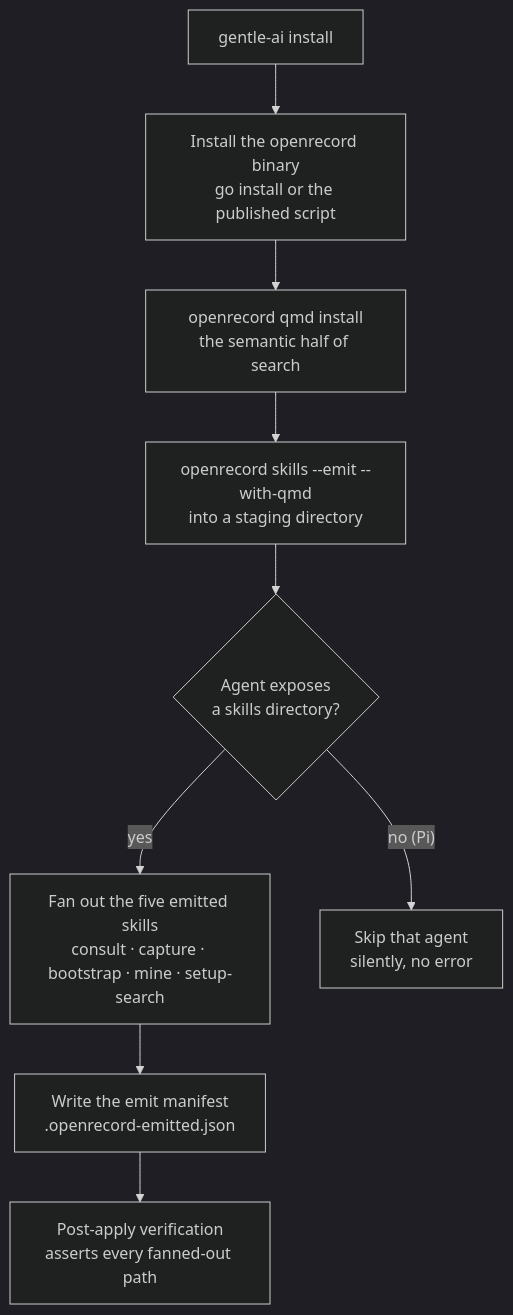
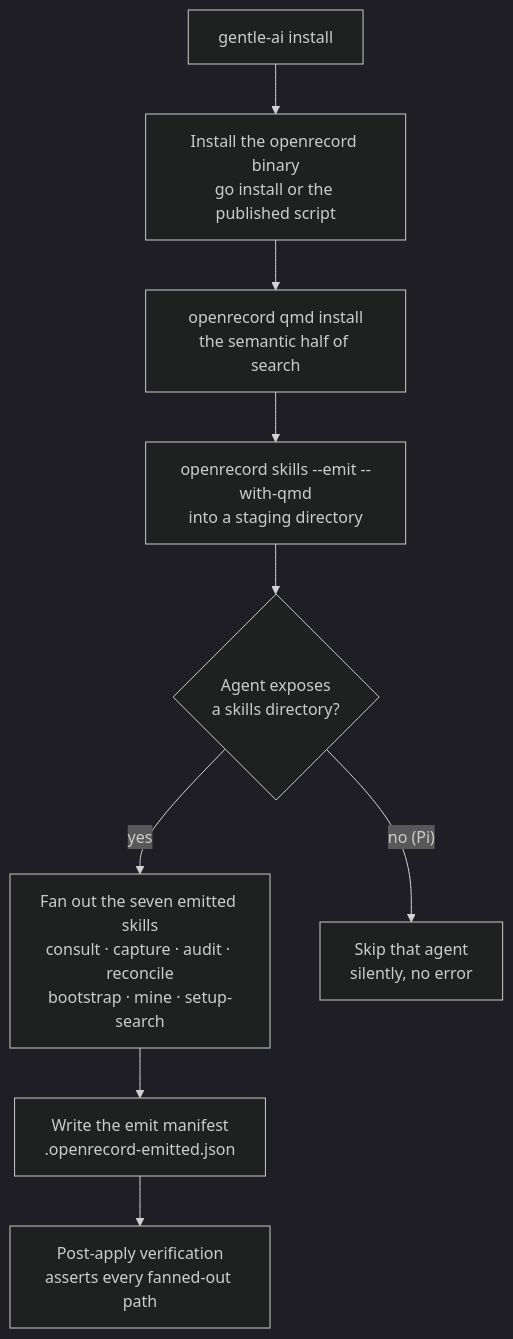
One commit to franwerner/gentle-ai changed the first of 3 diagrams in docs/openrecord.md. Above: the diagram before and after it, drawn with Mermaid (dark theme). The commit also changed other lines of this file and 3 other files, not shown here.

First line of the commit message:
feat(openrecord): wire audit and reconcile into the SDD phases

````diff
--- a/docs/openrecord.md
+++ b/docs/openrecord.md
@@ -17,11 +17,11 @@
 ```mermaid
 flowchart TD
     A["gentle-ai install"] --> B["Install the openrecord binary<br/>go install or the published script"]
     B --> C["openrecord qmd install<br/>the semantic half of search"]
     C --> D["openrecord skills --emit --with-qmd<br/>into a staging directory"]
     D --> E{"Agent exposes<br/>a skills directory?"}
-    E -->|"yes"| F["Fan out the five emitted skills<br/>consult · capture · bootstrap · mine · setup-search"]
+    E -->|"yes"| F["Fan out the seven emitted skills<br/>consult · capture · audit · reconcile<br/>bootstrap · mine · setup-search"]
     E -->|"no (Pi)"| G["Skip that agent<br/>silently, no error"]
     F --> H["Write the emit manifest<br/>.openrecord-emitted.json"]
     H --> I["Post-apply verification<br/>asserts every fanned-out path"]
 ```
````
